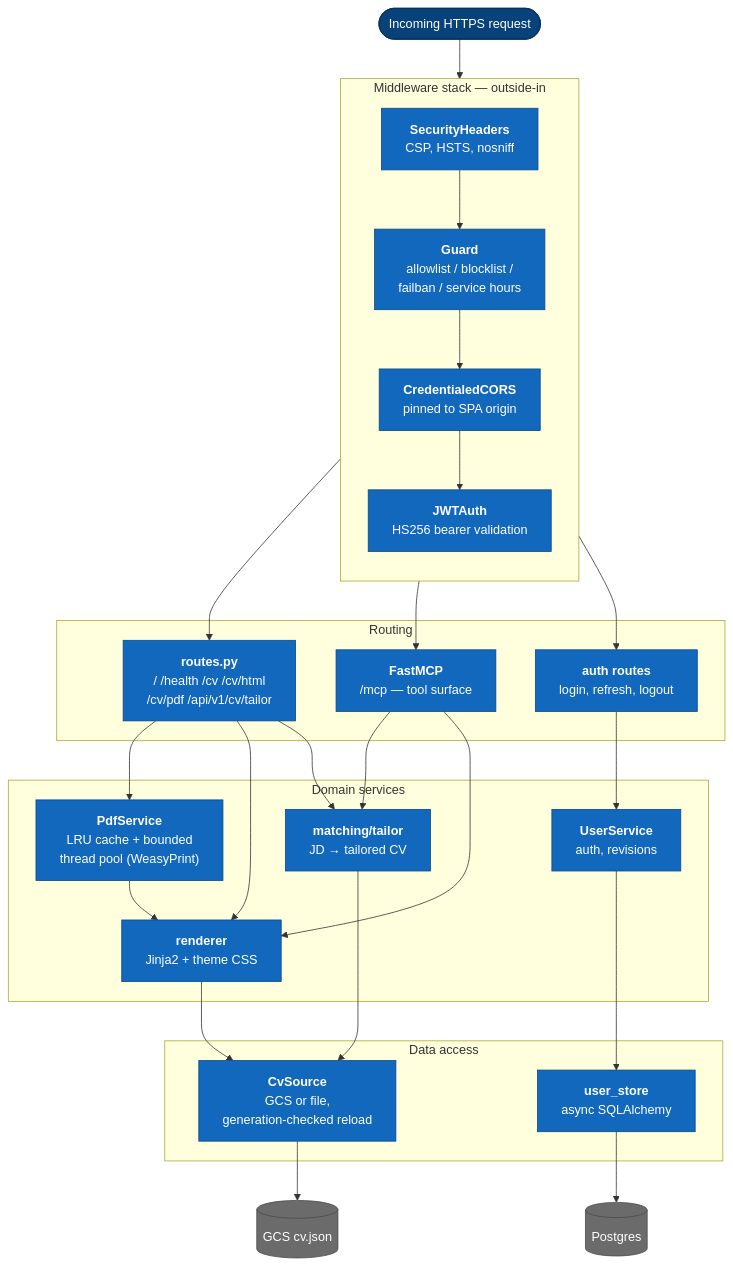
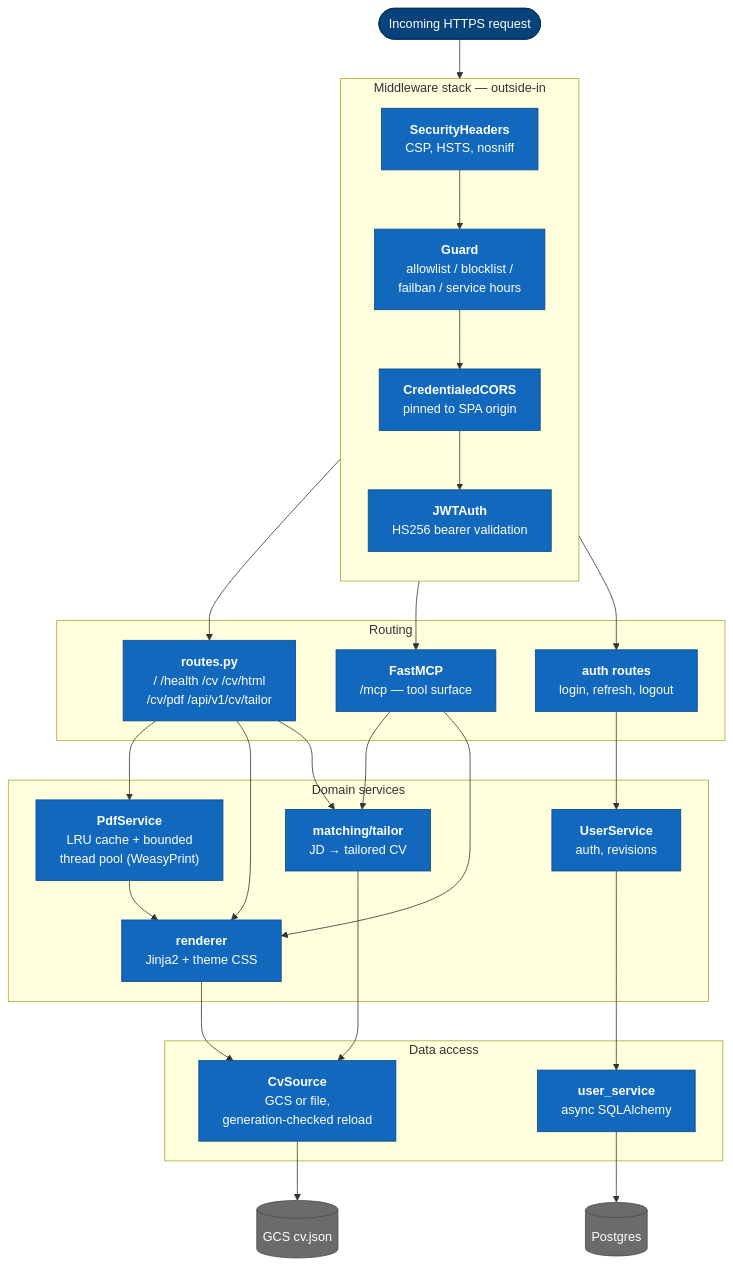
Before and after one commit to ivanprytula/cv-rest-mcp-server: the third of 8 diagrams in docs/architecture-diagrams.md, drawn with Mermaid. The commit also changed 23 other files, not shown here.

First line of the commit message:
refactor: layer auth as DDD/Clean Architecture; move alembic under portfolio

````diff
--- a/docs/architecture-diagrams.md
+++ b/docs/architecture-diagrams.md
@@ -121,52 +121,52 @@
 ```mermaid
 flowchart TB
     req(["Incoming HTTPS request"]):::ext
 
     subgraph mw["Middleware stack — outside-in"]
         direction TB
         sec["<b>SecurityHeaders</b><br/>CSP, HSTS, nosniff"]:::comp
         guard["<b>Guard</b><br/>allowlist / blocklist /<br/>failban / service hours"]:::comp
         cors["<b>CredentialedCORS</b><br/>pinned to SPA origin"]:::comp
         jwt["<b>JWTAuth</b><br/>HS256 bearer validation"]:::comp
     end
 
     subgraph routing["Routing"]
         routes["<b>routes.py</b><br/>/ /health /cv /cv/html<br/>/cv/pdf /api/v1/cv/tailor"]:::comp
         mcp["<b>FastMCP</b><br/>/mcp — tool surface"]:::comp
         authr["<b>auth routes</b><br/>login, refresh, logout"]:::comp
     end
 
     subgraph domain["Domain services"]
         pdf["<b>PdfService</b><br/>LRU cache + bounded<br/>thread pool (WeasyPrint)"]:::comp
         renderer["<b>renderer</b><br/>Jinja2 + theme CSS"]:::comp
         tailor["<b>matching/tailor</b><br/>JD → tailored CV"]:::comp
         users["<b>UserService</b><br/>auth, revisions"]:::comp
     end
 
     subgraph data["Data access"]
         cvsrc["<b>CvSource</b><br/>GCS or file,<br/>generation-checked reload"]:::comp
-        store["<b>user_store</b><br/>async SQLAlchemy"]:::comp
+        store["<b>user_service</b><br/>async SQLAlchemy"]:::comp
     end
 
     gcs[("GCS cv.json")]:::extstore
     db[("Postgres")]:::extstore
 
     req --> sec --> guard --> cors --> jwt
     jwt --> routes & mcp & authr
 
     routes --> pdf & renderer & tailor
     mcp --> tailor & renderer
     authr --> users
 
     pdf --> renderer
     renderer --> cvsrc
     tailor --> cvsrc
     users --> store
 
     cvsrc --> gcs
     store --> db
 
     classDef comp fill:#1168bd,stroke:#0b4884,color:#fff
     classDef ext fill:#08427b,stroke:#052e56,color:#fff
     classDef extstore fill:#6b6b6b,stroke:#4a4a4a,color:#fff
 ```
````
